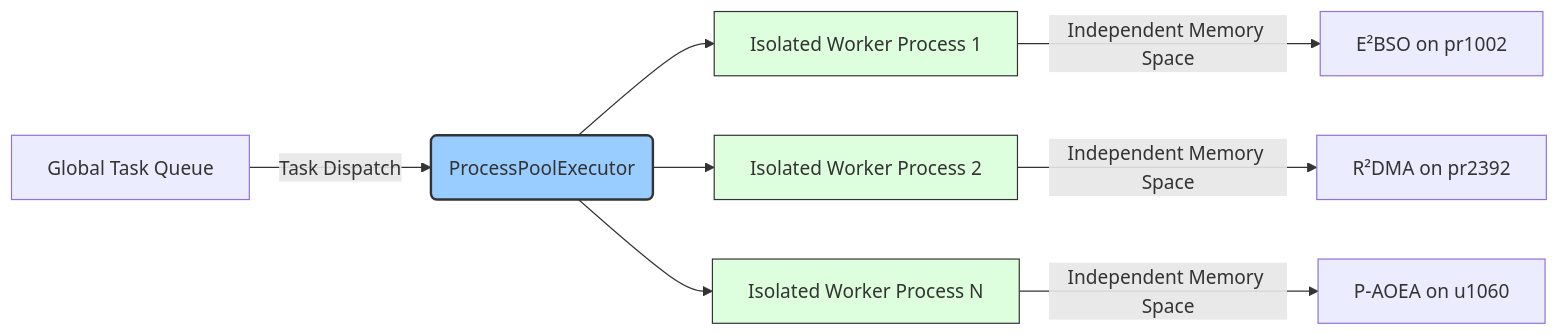
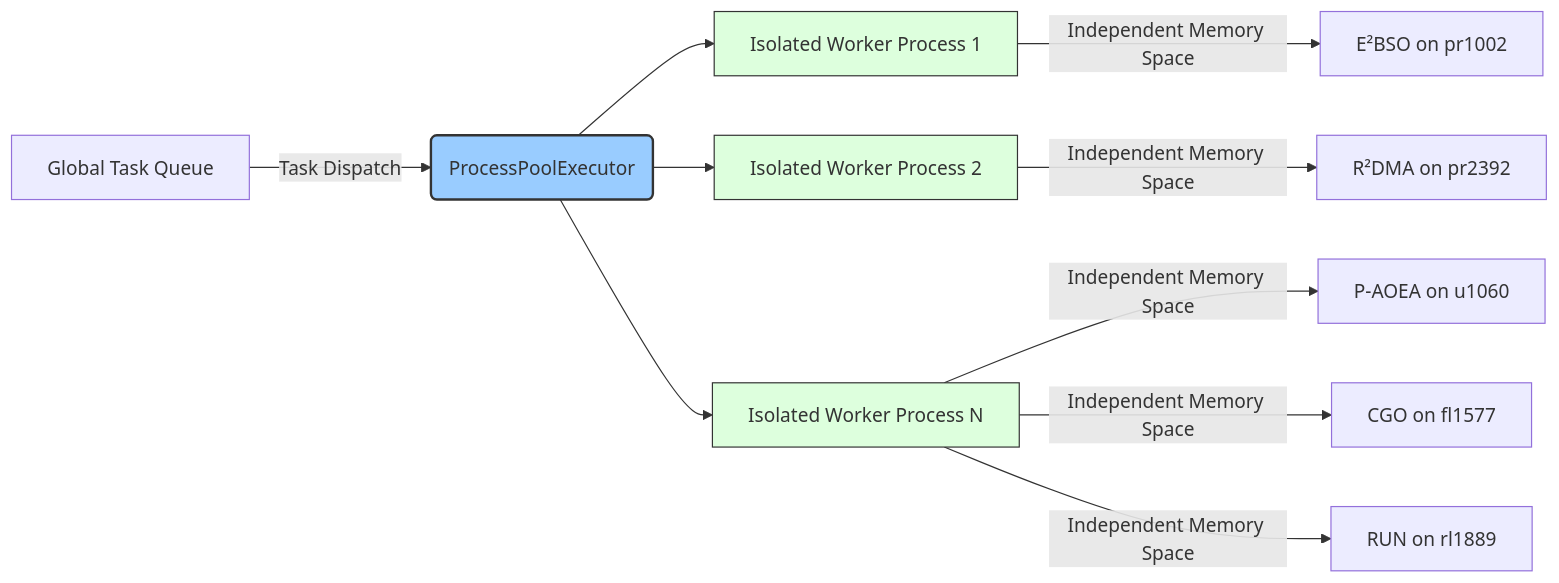
One commit to YektaK/UniRide changed the second of 3 diagrams in academic_benchmark/SOTA_PAPER_METHODOLOGY.md. Above: the diagram before and after it, drawn with Mermaid. The commit also changed other lines of this file and 90 other files, not shown here.

````diff
--- a/academic_benchmark/SOTA_PAPER_METHODOLOGY.md
+++ b/academic_benchmark/SOTA_PAPER_METHODOLOGY.md
@@ -42,16 +44,18 @@
 ```mermaid
 graph LR
     A[Global Task Queue] -->|Task Dispatch| B(ProcessPoolExecutor)
     B --> C1[Isolated Worker Process 1]
     B --> C2[Isolated Worker Process 2]
     B --> C3[Isolated Worker Process N]
     
     C1 -->|Independent Memory Space| D1[E²BSO on pr1002]
     C2 -->|Independent Memory Space| D2[R²DMA on pr2392]
     C3 -->|Independent Memory Space| D3[P-AOEA on u1060]
+    C3 -->|Independent Memory Space| D4[CGO on fl1577]
+    C3 -->|Independent Memory Space| D5[RUN on rl1889]
 
     style B fill:#9cf,stroke:#333,stroke-width:2px
     style C1 fill:#dfd,stroke:#333,stroke-width:1px
     style C2 fill:#dfd,stroke:#333,stroke-width:1px
     style C3 fill:#dfd,stroke:#333,stroke-width:1px
 ```
````
